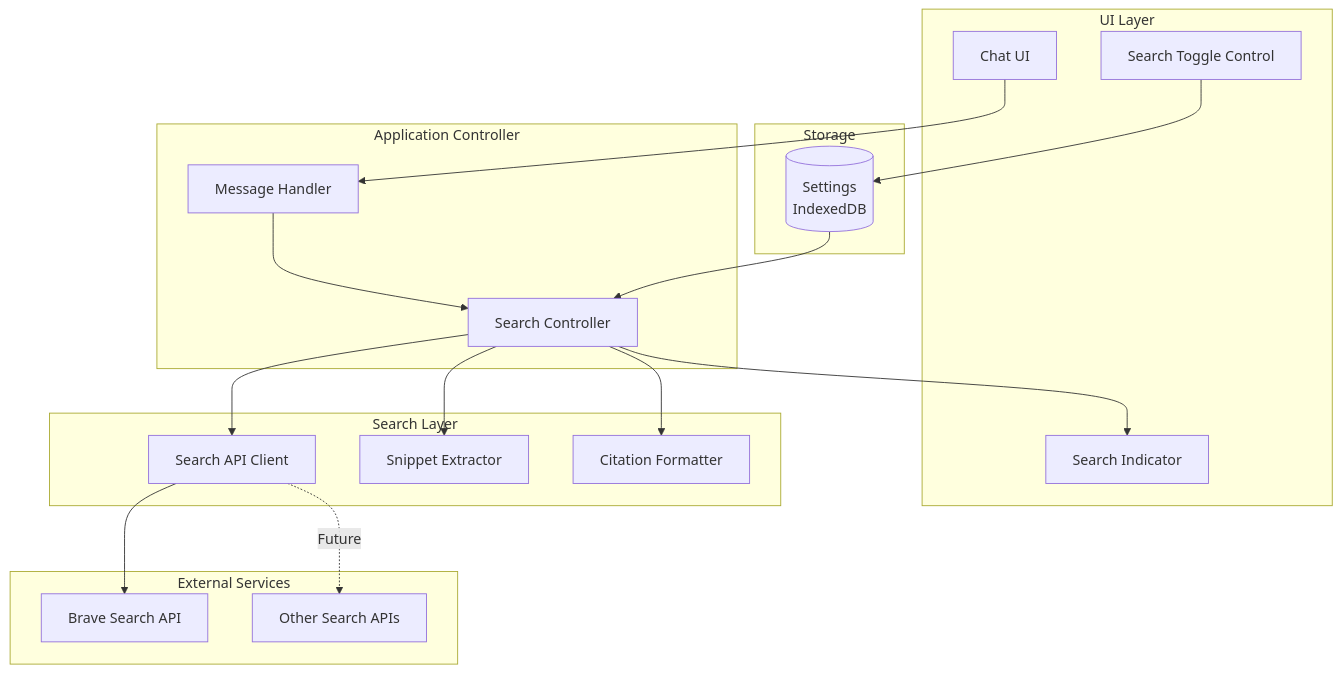
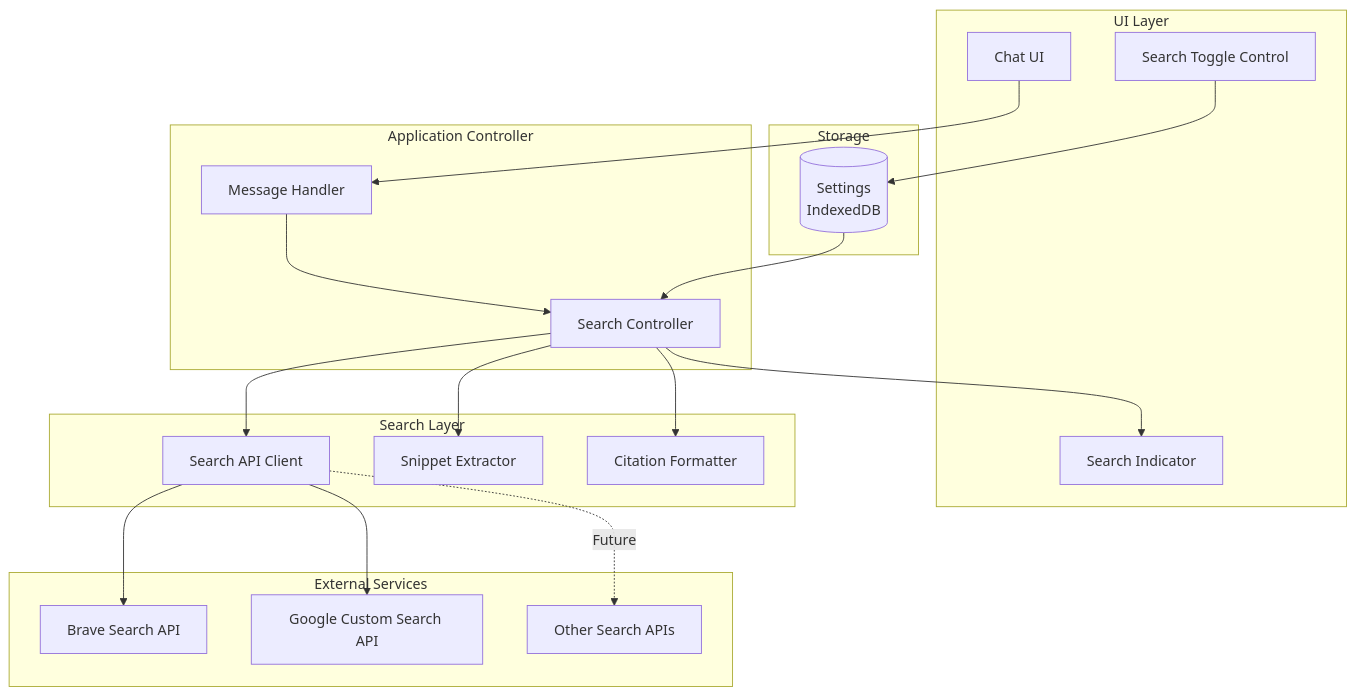
One commit to STREAMFOOL/in-browser-llm changed the diagram in .kiro/specs/03-web-search-integration/design.md. Above: the diagram before and after it, drawn with Mermaid. The commit also changed other lines of this file and 5 other files, not shown here.

Commit message:
support google api search

````diff
--- a/.kiro/specs/03-web-search-integration/design.md
+++ b/.kiro/specs/03-web-search-integration/design.md
@@ -13,39 +13,41 @@
 ```mermaid
 graph TB
     subgraph "UI Layer"
         ChatUI[Chat UI]
         SearchToggle[Search Toggle Control]
         SearchIndicator[Search Indicator]
     end
     
     subgraph "Application Controller"
         MessageHandler[Message Handler]
         SearchController[Search Controller]
     end
     
     subgraph "Search Layer"
         SearchClient[Search API Client]
         SnippetExtractor[Snippet Extractor]
         CitationFormatter[Citation Formatter]
     end
     
     subgraph "External Services"
         BraveAPI[Brave Search API]
+        GoogleAPI[Google Custom Search API]
         OtherAPIs[Other Search APIs]
     end
     
     subgraph "Storage"
         Settings[(Settings<br/>IndexedDB)]
     end
     
     ChatUI --> MessageHandler
     SearchToggle --> Settings
     MessageHandler --> SearchController
     SearchController --> SearchClient
     SearchClient --> BraveAPI
+    SearchClient --> GoogleAPI
     SearchClient -.Future.-> OtherAPIs
     SearchController --> SnippetExtractor
     SearchController --> CitationFormatter
     SearchController --> SearchIndicator
     Settings --> SearchController
 ```
````
